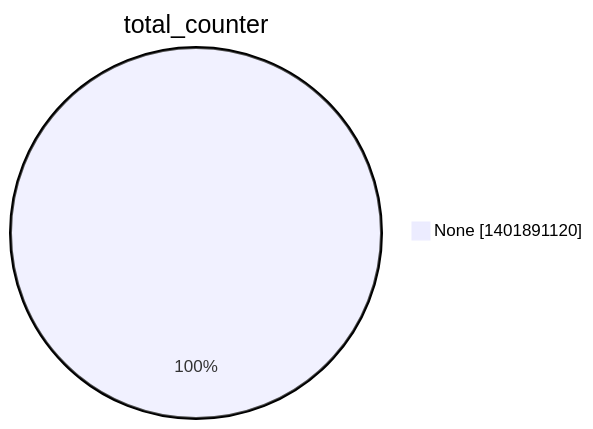
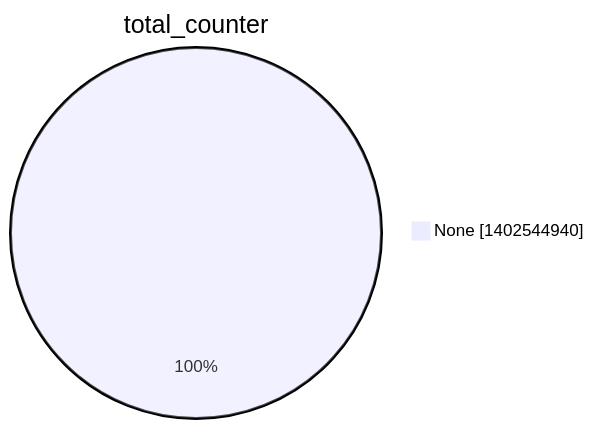
One commit to christiankrug/ctmonitor_visualization changed the second of 15 diagrams in argon2022/README.md. Above: the diagram before and after it, drawn with Mermaid. The commit also changed other lines of this file, not shown here.

````diff
--- a/argon2022/README.md
+++ b/argon2022/README.md
@@ -9,5 +9,5 @@
 ```mermaid
 pie showData
 title total_counter
-"None" :1401891120
+"None" :1402544940
 ```
````
